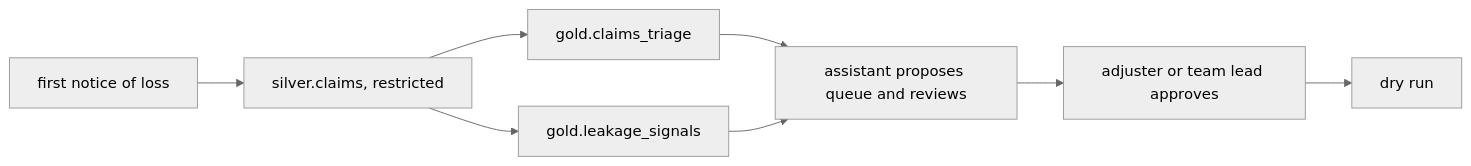
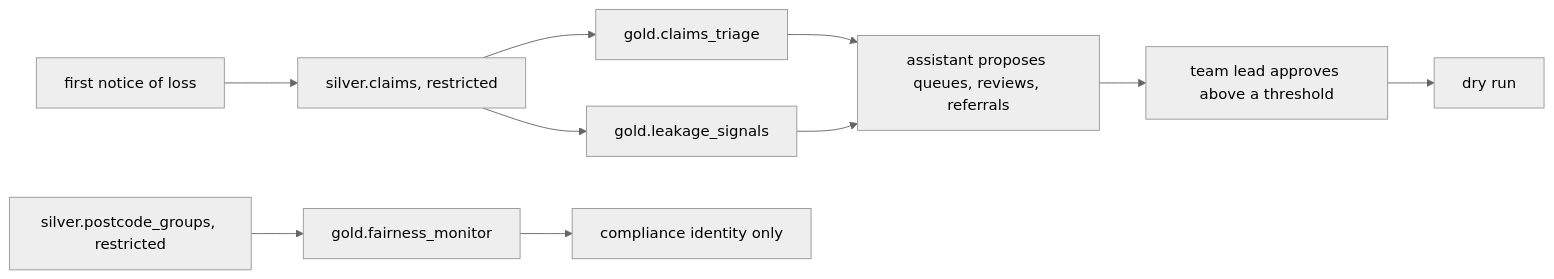
Before and after one commit to jagadishmazure-jpg/Jagadish-agentic-data-layer: the diagram in domains/insurance/README.md, drawn with Mermaid (neutral theme). The commit also changed other lines of this file and 24 other files, not shown here.

Commit message:
insurance: README, CHANGELOG, folder READMEs, roadmap, architecture and guide updates; 566 tests

````diff
--- a/domains/insurance/README.md
+++ b/domains/insurance/README.md
@@ -26,10 +41,12 @@
 ```mermaid
 flowchart LR
   FNOL[first notice of loss] --> S[silver.claims, restricted]
+  PG[silver.postcode_groups, restricted] --> FM[gold.fairness_monitor]
   S --> CT[gold.claims_triage]
   S --> LS[gold.leakage_signals]
-  CT --> AG[assistant proposes queue and reviews]
+  CT --> AG[assistant proposes queues, reviews, referrals]
   LS --> AG
-  AG --> H[adjuster or team lead approves]
+  AG --> H[team lead approves above a threshold]
   H --> DR[dry run]
+  FM --> CO[compliance identity only]
 ```
````
